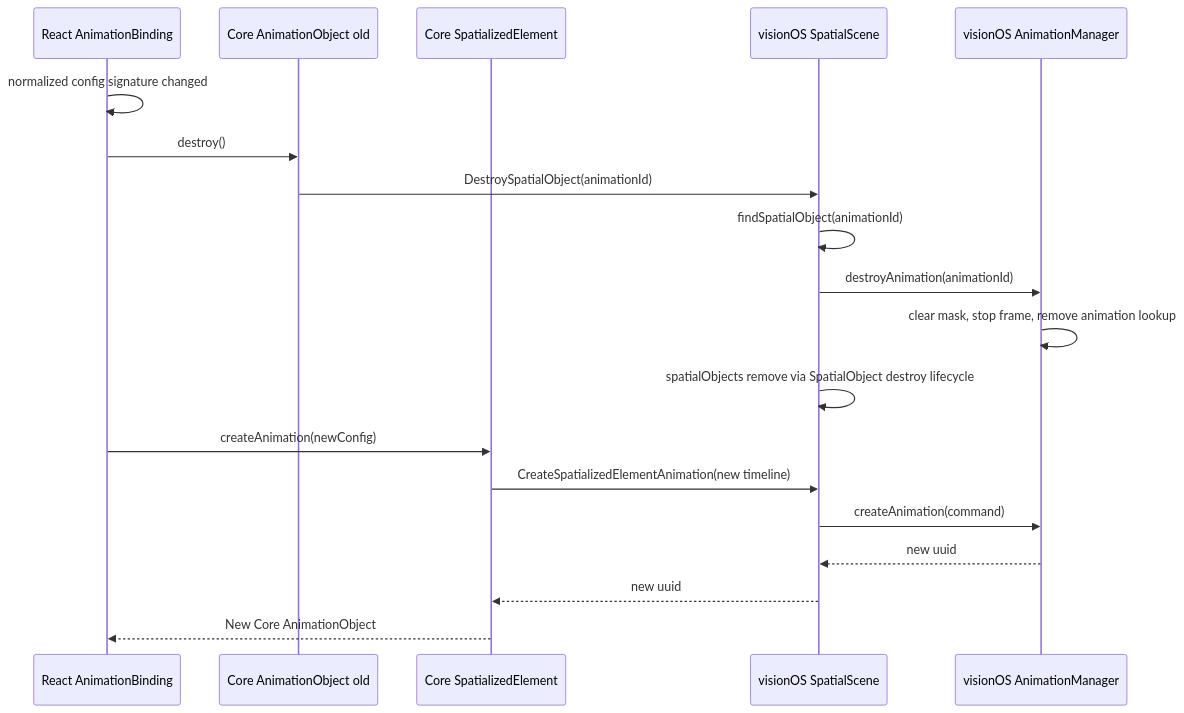
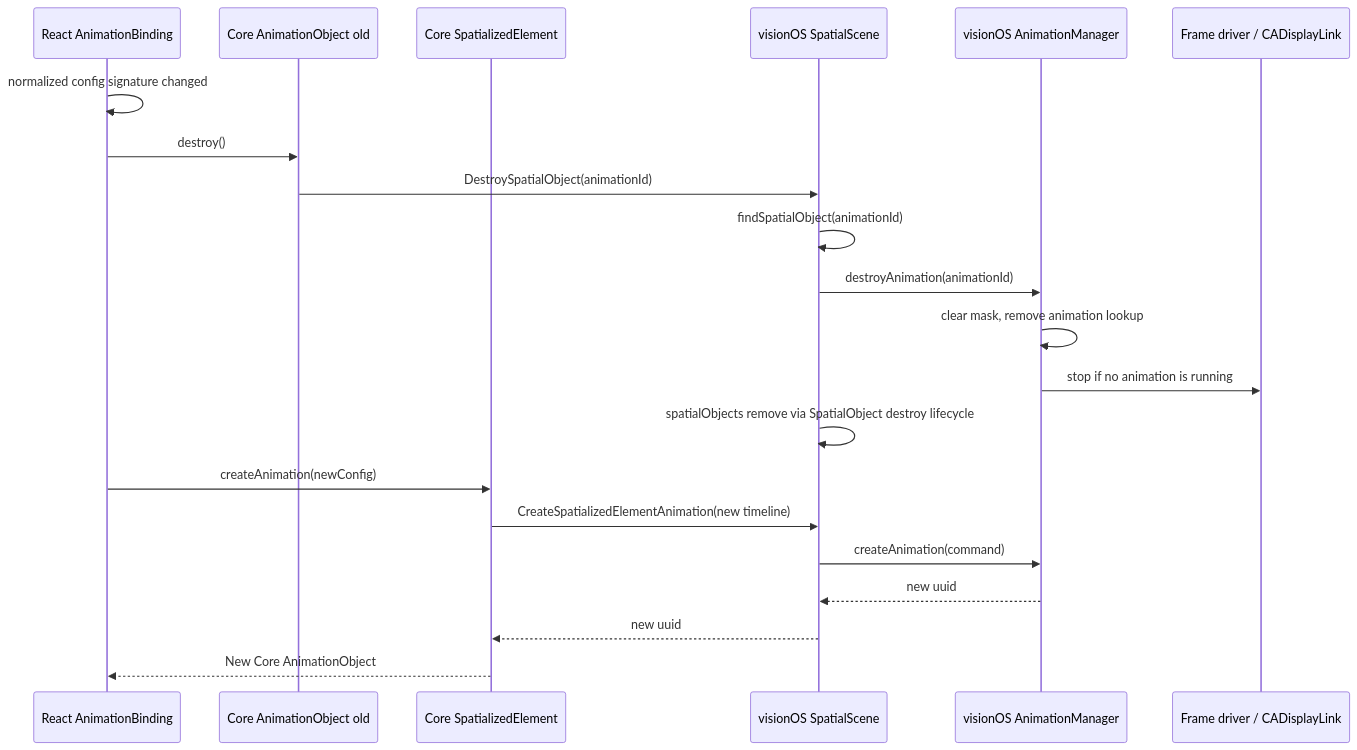
Before and after one commit to webspatial/webspatial-sdk: the sixth of 6 diagrams in openspec/changes/spatialized-element-motion-api/design.zh.md, drawn with Mermaid. The commit also changed other lines of this file, not shown here.

Commit message:
docs: clarify frame driver ownership zh

````diff
--- a/openspec/changes/spatialized-element-motion-api/design.zh.md
+++ b/openspec/changes/spatialized-element-motion-api/design.zh.md
@@ -376,23 +398,25 @@
 ```mermaid
 sequenceDiagram
   participant React as React AnimationBinding
   participant OldObj as Core AnimationObject old
   participant Element as Core SpatializedElement
   participant Scene as visionOS SpatialScene
   participant Manager as visionOS AnimationManager
+  participant Driver as Frame driver / CADisplayLink
 
   React->>React: normalized config signature changed
   React->>OldObj: destroy()
   OldObj->>Scene: DestroySpatialObject(animationId)
   Scene->>Scene: findSpatialObject(animationId)
   Scene->>Manager: destroyAnimation(animationId)
-  Manager->>Manager: clear mask, stop frame, remove animation lookup
+  Manager->>Manager: clear mask, remove animation lookup
+  Manager->>Driver: stop if no animation is running
   Scene->>Scene: spatialObjects remove via SpatialObject destroy lifecycle
 
   React->>Element: createAnimation(newConfig)
   Element->>Scene: CreateSpatializedElementAnimation(new timeline)
   Scene->>Manager: createAnimation(command)
   Manager-->>Scene: new uuid
   Scene-->>Element: new uuid
   Element-->>React: New Core AnimationObject
 ```
````
